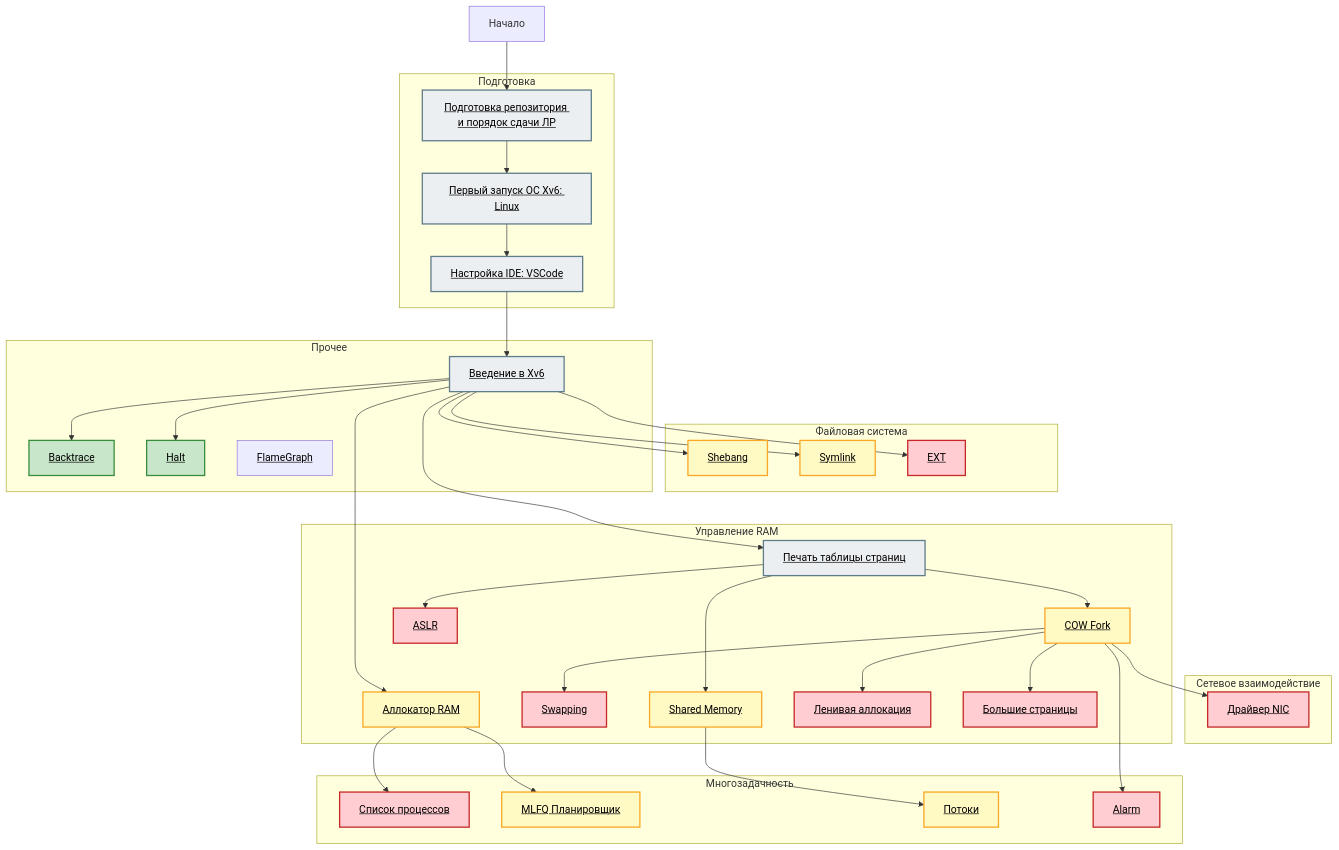
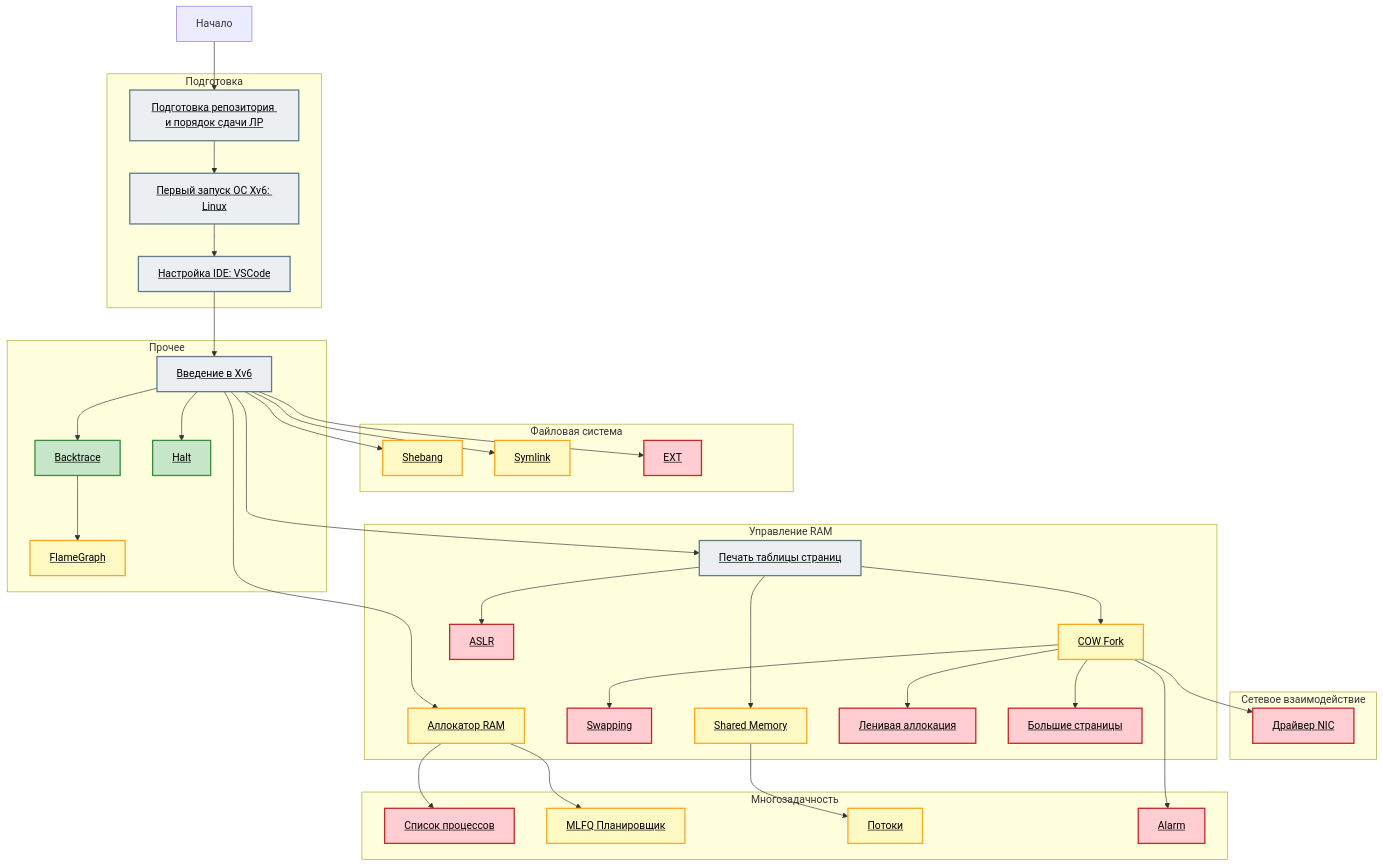
The diagram in README.md (secs-dev/xv6-riscv), drawn with Mermaid before and after one commit. The commit also changed 1 other file, not shown here.

Commit message:
backtrace

```diff
--- a/README.md
+++ b/README.md
@@ -58,6 +58,7 @@
     vscode --> intro
     intro --> backtrace
     intro --> halt
+    backtrace --> flamegraph
 
     filealloc --> mlfq
     filealloc --> allocproc
@@ -90,6 +91,7 @@
 
     class intro free
     class backtrace,halt easy
+    class flamegraph medium
 
     class shebang,symlink medium
     class ext hard
```
